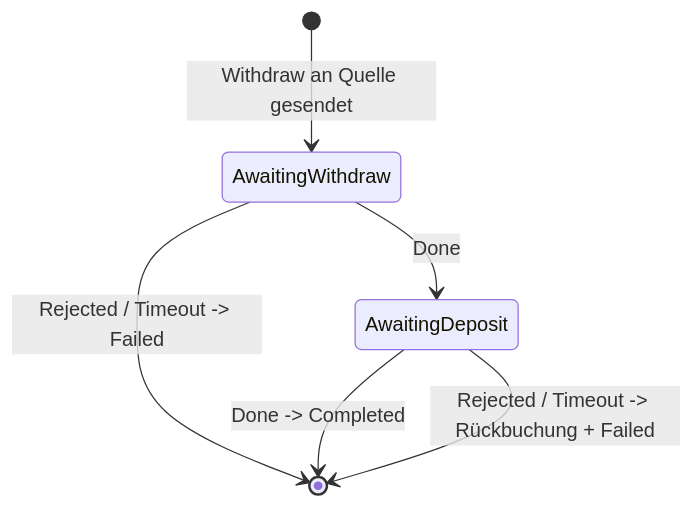
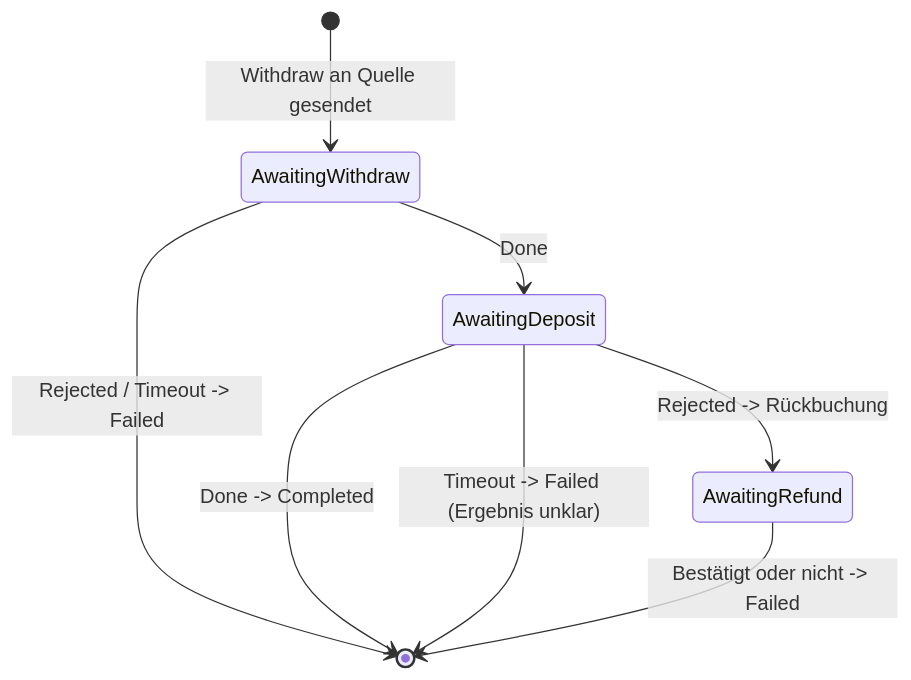
One commit to GuntherW/scala-cheatsheet changed the third of 3 diagrams in pekko/README.md. Above: the diagram before and after it, drawn with Mermaid. The commit also changed other lines of this file and 7 other files, not shown here.

````diff
--- a/pekko/README.md
+++ b/pekko/README.md
@@ -70,8 +70,10 @@
 ```mermaid
 stateDiagram-v2
     [*] --> AwaitingWithdraw: Withdraw an Quelle gesendet
     AwaitingWithdraw --> AwaitingDeposit: Done
     AwaitingWithdraw --> [*]: Rejected / Timeout -> Failed
     AwaitingDeposit --> [*]: Done -> Completed
-    AwaitingDeposit --> [*]: Rejected / Timeout -> Rückbuchung + Failed
+    AwaitingDeposit --> AwaitingRefund: Rejected -> Rückbuchung
+    AwaitingDeposit --> [*]: Timeout -> Failed (Ergebnis unklar)
+    AwaitingRefund --> [*]: Bestätigt oder nicht -> Failed
 ```
````
